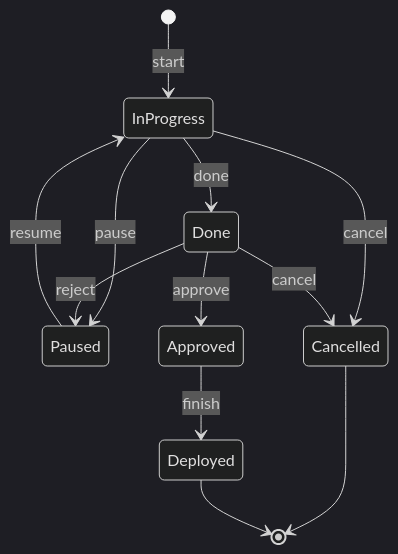
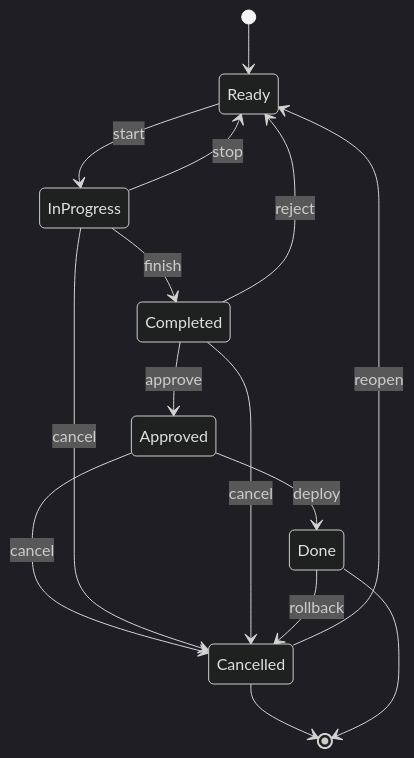
Before and after one commit to sebastianclaros/teatime: the first of 2 diagrams in scripts/automation/index.md, drawn with Mermaid (dark theme). The commit also changed other lines of this file and 33 other files, not shown here.

`````diff
--- a/scripts/automation/index.md
+++ b/scripts/automation/index.md
@@ -26,14 +26,17 @@
 ````mermaid 
 stateDiagram-v2 
-[*] --> InProgress : start
-InProgress --> Paused :pause
-Paused --> InProgress : resume
-InProgress --> Done : done
-Done --> Approved :approve
-Done --> Paused :reject
-Approved --> Deployed : finish
+[*] --> Ready
+Ready --> InProgress : start
+InProgress --> Ready :stop
+InProgress --> Completed : finish
+Completed --> Approved :approve
+Completed --> Ready :reject
+Approved --> Done : deploy
+Approved --> Cancelled : cancel
 InProgress --> Cancelled : cancel
-Done --> Cancelled: cancel
+Completed --> Cancelled: cancel
+Cancelled --> Ready : reopen
 Cancelled --> [*]
-Deployed --> [*]
+Done --> [*]
+Done --> Cancelled : rollback
 ````
`````
